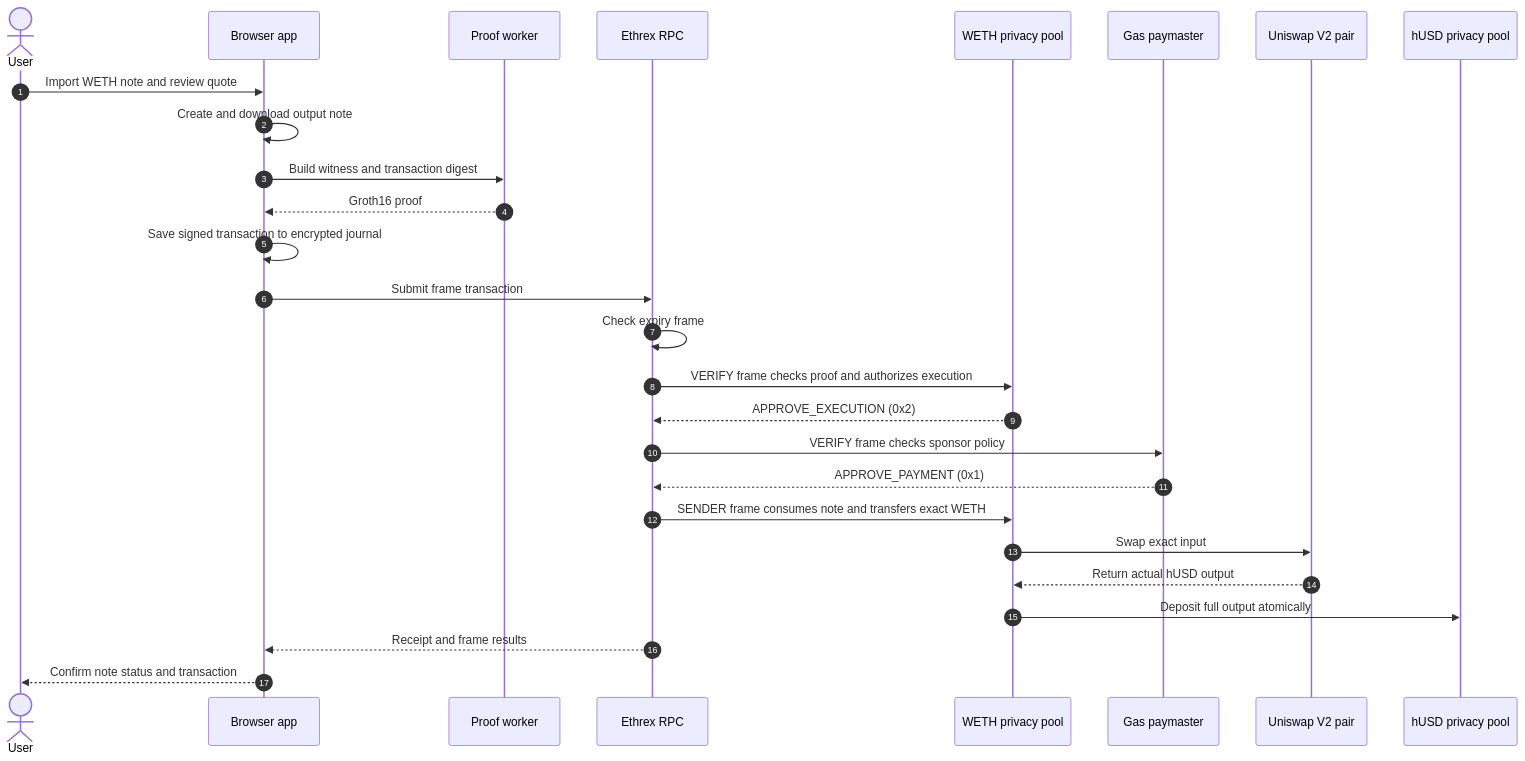
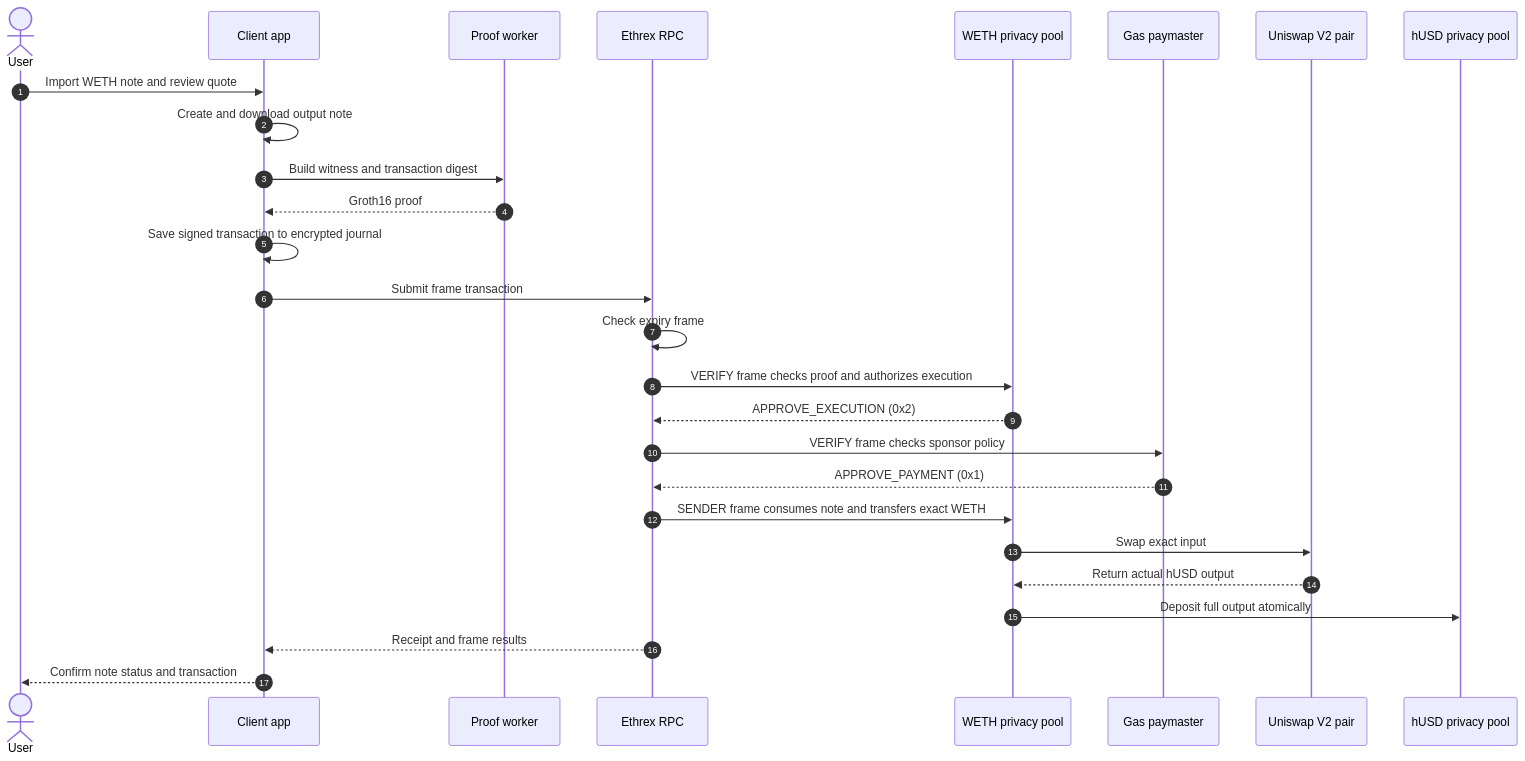
Before and after one commit to deepakA18/himitsu: the second of 2 diagrams in README.md, drawn with Mermaid. The commit also changed other lines of this file and 11 other files, not shown here.

````diff
--- a/README.md
+++ b/README.md
@@ -86,30 +86,30 @@
 ```mermaid
 sequenceDiagram
     autonumber
     actor User
-    participant App as Browser app
+    participant App as Client app
     participant Worker as Proof worker
     participant RPC as Ethrex RPC
     participant Pool as WETH privacy pool
     participant Paymaster as Gas paymaster
     participant Pair as Uniswap V2 pair
     participant Output as hUSD privacy pool
 
     User->>App: Import WETH note and review quote
     App->>App: Create and download output note
     App->>Worker: Build witness and transaction digest
     Worker-->>App: Groth16 proof
     App->>App: Save signed transaction to encrypted journal
     App->>RPC: Submit frame transaction
     RPC->>RPC: Check expiry frame
     RPC->>Pool: VERIFY frame checks proof and authorizes execution
     Pool-->>RPC: APPROVE_EXECUTION (0x2)
     RPC->>Paymaster: VERIFY frame checks sponsor policy
     Paymaster-->>RPC: APPROVE_PAYMENT (0x1)
     RPC->>Pool: SENDER frame consumes note and transfers exact WETH
     Pool->>Pair: Swap exact input
     Pair-->>Pool: Return actual hUSD output
     Pool->>Output: Deposit full output atomically
     RPC-->>App: Receipt and frame results
     App-->>User: Confirm note status and transaction
 ```
````
